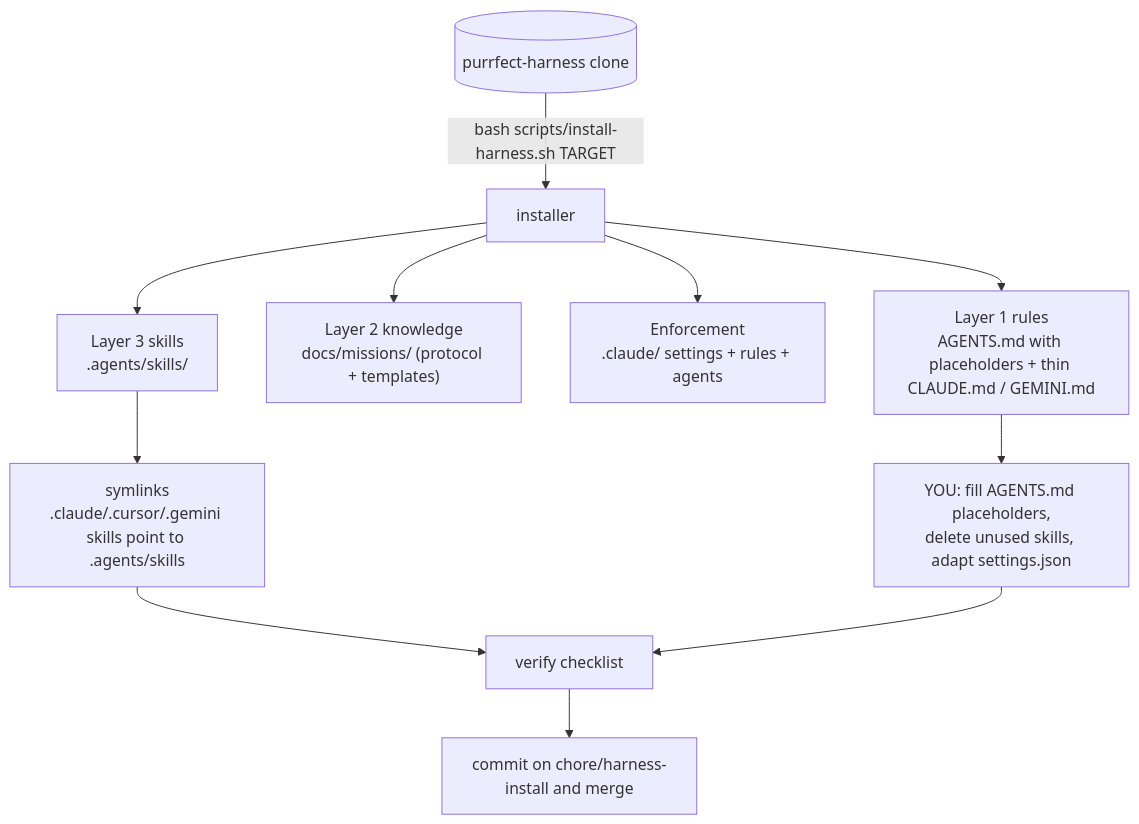
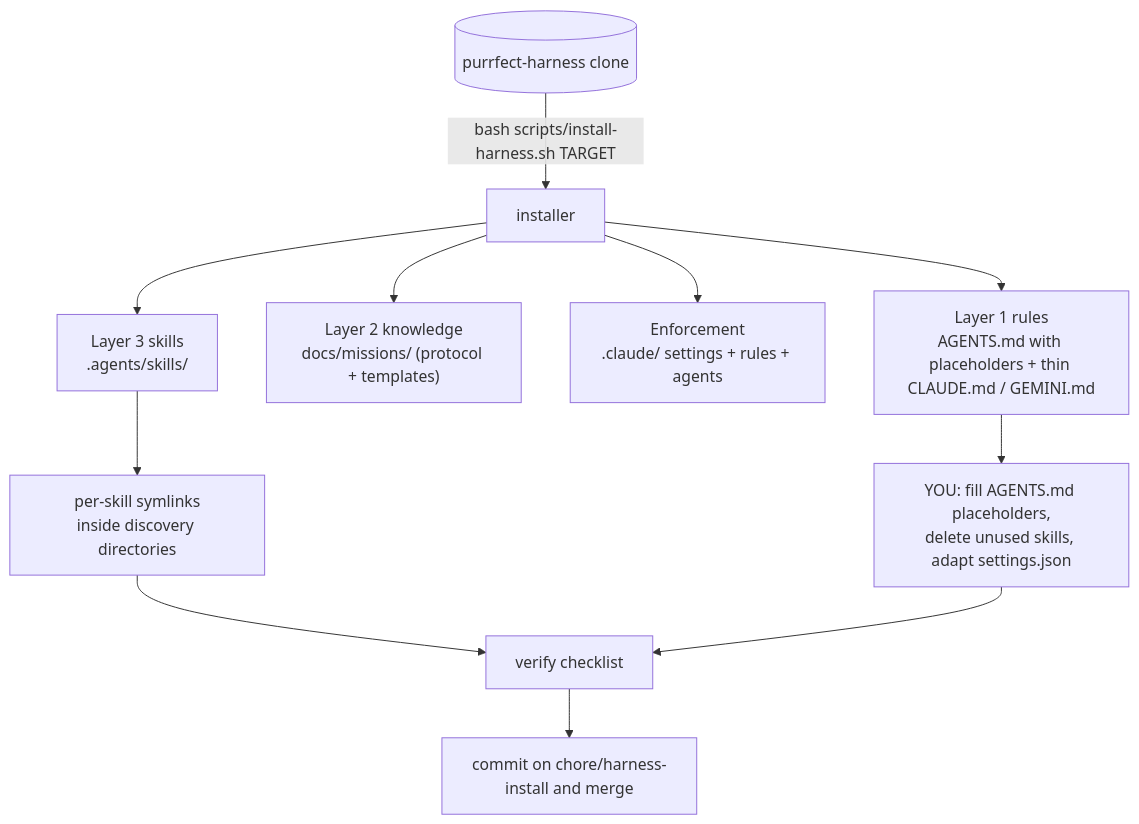
The second of 5 diagrams in README.md (hashorva/purrfect-harness), drawn with Mermaid before and after one commit. The commit also changed other lines of this file and 11 other files, not shown here.

````diff
--- a/README.md
+++ b/README.md
@@ -95,13 +95,13 @@
 ```mermaid
 flowchart TD
   H[("purrfect-harness clone")] -->|"bash scripts/install-harness.sh TARGET"| I["installer"]
   I --> P1["Layer 3 skills<br/>.agents/skills/"]
   I --> P2["Layer 2 knowledge<br/>docs/missions/ (protocol + templates)"]
   I --> P3["Enforcement<br/>.claude/ settings + rules + agents"]
   I --> P4["Layer 1 rules<br/>AGENTS.md with placeholders + thin CLAUDE.md / GEMINI.md"]
-  P1 --> SYM["symlinks<br/>.claude/.cursor/.gemini skills point to .agents/skills"]
+  P1 --> SYM["per-skill symlinks<br/>inside discovery directories"]
   P4 --> YOU["YOU: fill AGENTS.md placeholders,<br/>delete unused skills, adapt settings.json"]
   SYM --> V["verify checklist"]
   YOU --> V
   V --> C["commit on chore/harness-install and merge"]
 ```
````
